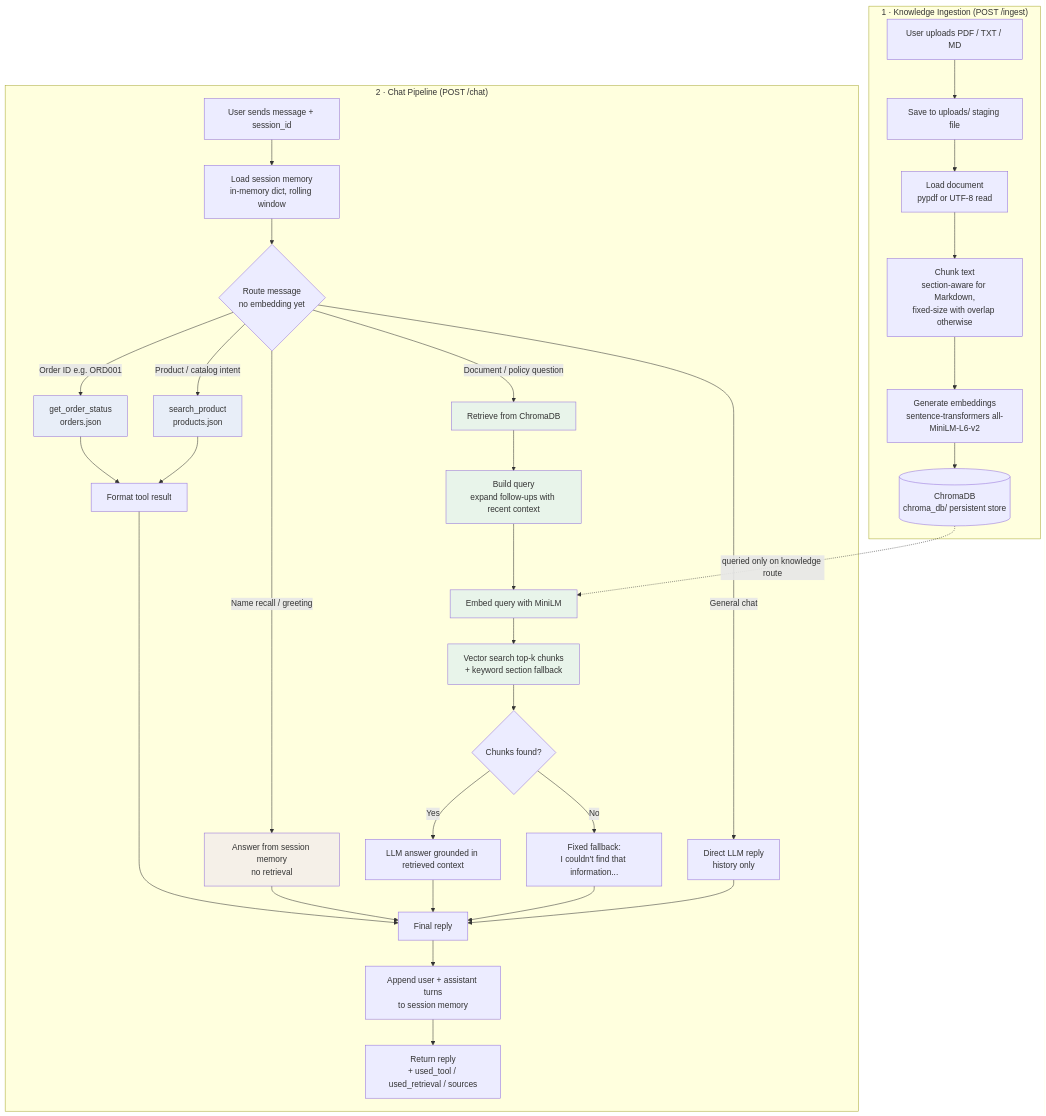
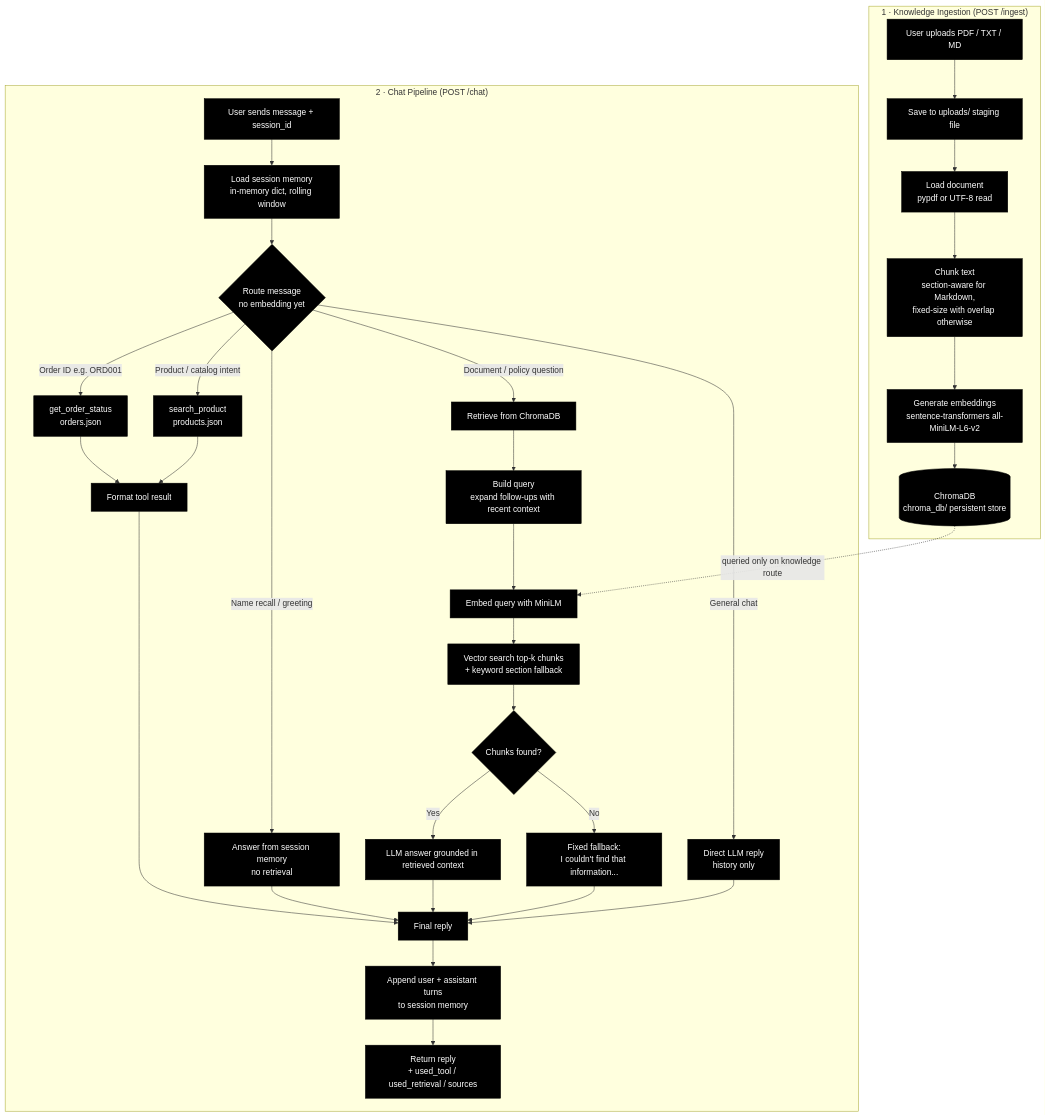
One commit to IamSadik/ai-assistant changed the diagram in diagram.md. Above: the diagram before and after it, drawn with Mermaid. The commit also changed other lines of this file and 8 other files, not shown here.

Commit message:
refactor: enhance README for clarity and detail; update architecture diagram and improve product search logic in tools

````diff
--- a/diagram.md
+++ b/diagram.md
@@ -5,49 +5,44 @@
 ```mermaid
 flowchart TD
     subgraph Ingestion["1 · Knowledge Ingestion (POST /ingest)"]
         A1[User uploads PDF / TXT / MD] --> A2[Save to uploads/ staging file]
         A2 --> A3[Load document\npypdf or UTF-8 read]
         A3 --> A4[Chunk text\nsection-aware for Markdown,\nfixed-size with overlap otherwise]
         A4 --> A5[Generate embeddings\nsentence-transformers all-MiniLM-L6-v2]
         A5 --> A6[(ChromaDB\nchroma_db/ persistent store)]
     end
 
     subgraph Chat["2 · Chat Pipeline (POST /chat)"]
         B1[User sends message + session_id] --> B2[Load session memory\nin-memory dict, rolling window]
         B2 --> B3{Route message\nno embedding yet}
 
         B3 -->|Order ID e.g. ORD001| T1[get_order_status\norders.json]
         B3 -->|Product / catalog intent| T2[search_product\nproducts.json]
         B3 -->|Name recall / greeting| M1[Answer from session memory\nno retrieval]
         B3 -->|Document / policy question| R1[Retrieve from ChromaDB]
         B3 -->|General chat| D1[Direct LLM reply\nhistory only]
 
         R1 --> R2[Build query\nexpand follow-ups with recent context]
         R2 --> R3[Embed query with MiniLM]
         R3 --> R4[Vector search top-k chunks\n+ keyword section fallback]
         R4 --> R5{Chunks found?}
         R5 -->|Yes| L1[LLM answer grounded in retrieved context]
         R5 -->|No| L2[Fixed fallback:\nI couldn't find that information...]
 
         T1 --> F1[Format tool result]
         T2 --> F1
         M1 --> F2[Final reply]
         L1 --> F2
         L2 --> F2
         D1 --> F2
         F1 --> F2
 
         F2 --> B4[Append user + assistant turns\nto session memory]
         B4 --> B5[Return reply\n+ used_tool / used_retrieval / sources]
     end
 
     A6 -.queried only on knowledge route.-> R3
 
-    style R1 fill:#e8f4ea
-    style R2 fill:#e8f4ea
-    style R3 fill:#e8f4ea
-    style R4 fill:#e8f4ea
-    style T1 fill:#e8eef8
-    style T2 fill:#e8eef8
-    style M1 fill:#f5f0e8
+    classDef blackNode fill:#000000,stroke:#000000,color:#ffffff
+    class A1,A2,A3,A4,A5,A6,B1,B2,B3,T1,T2,M1,R1,R2,R3,R4,R5,L1,L2,D1,F1,F2,B4,B5 blackNode
 ```
````
